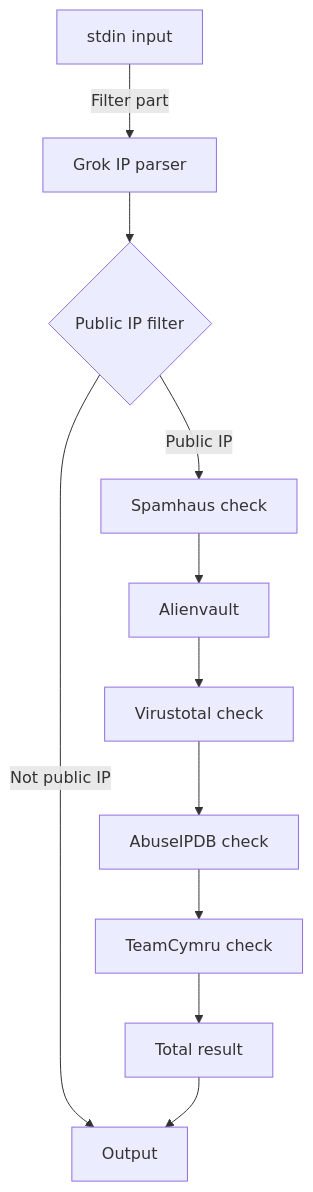
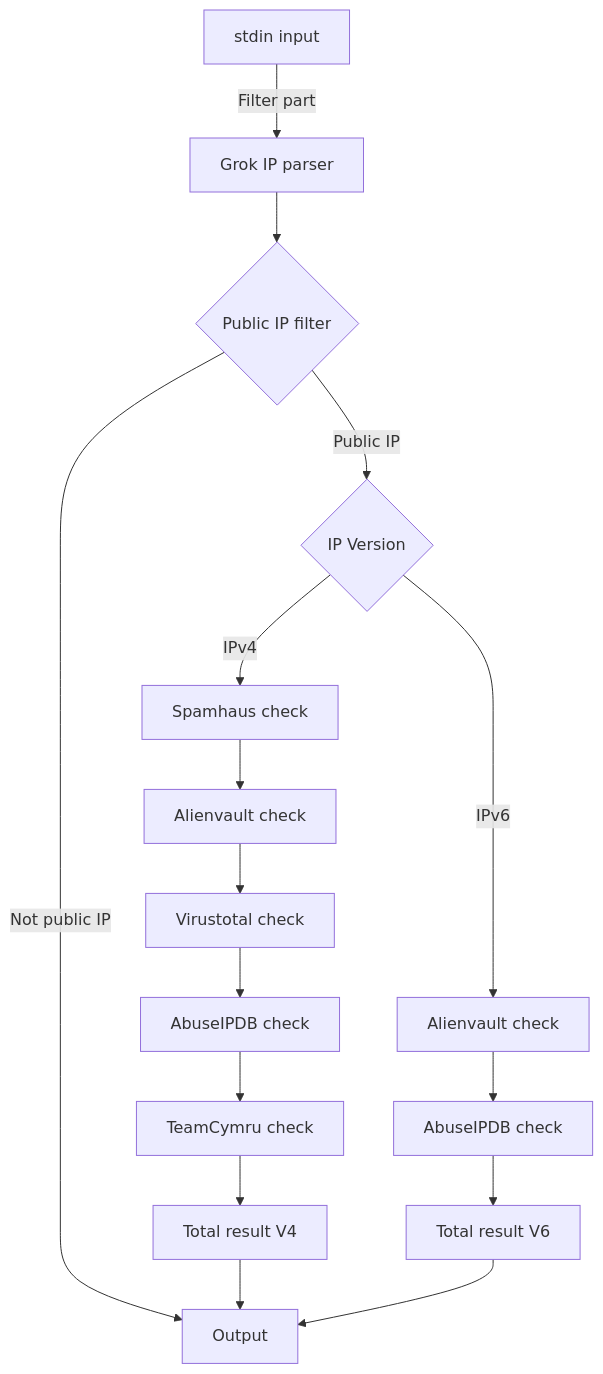
The diagram in README.md (summergaga/diplom), drawn with Mermaid before and after one commit. The commit also changed 1 other file, not shown here.

Commit message:
Множество изменений
Разделен вывод итогов для IPv4 и IPv6, обновлён Readme (красивая диаграмма работы)

````diff
--- a/README.md
+++ b/README.md
@@ -12,13 +12,18 @@
 ```mermaid
 graph TD;
     A[stdin input] -->|Filter part| B[Grok IP parser];
     B --> C{Public IP filter};
-    C --> |Not public IP| J[Output];
-    C --> |Public IP| D[Spamhaus check];
-    D --> E[Alienvault];
-    E --> F[Virustotal check];
-    F --> G[AbuseIPDB check];
-    G --> H[TeamCymru check];
-    H --> I[Total result];
-    I --> J;
+    C --> |Not public IP| K[Output];
+    C --> |Public IP| D{IP Version};
+    D --> |IPv4| E[Spamhaus check];
+    E --> F[Alienvault check];
+    F --> G[Virustotal check];
+    G --> H[AbuseIPDB check];
+    H --> I[TeamCymru check];
+    I --> J[Total result V4];
+    J --> K;
+    D --> |IPv6| L[Alienvault check];
+    L --> M[AbuseIPDB check];
+    M --> N[Total result V6];
+    N --> K;
 ```
````
